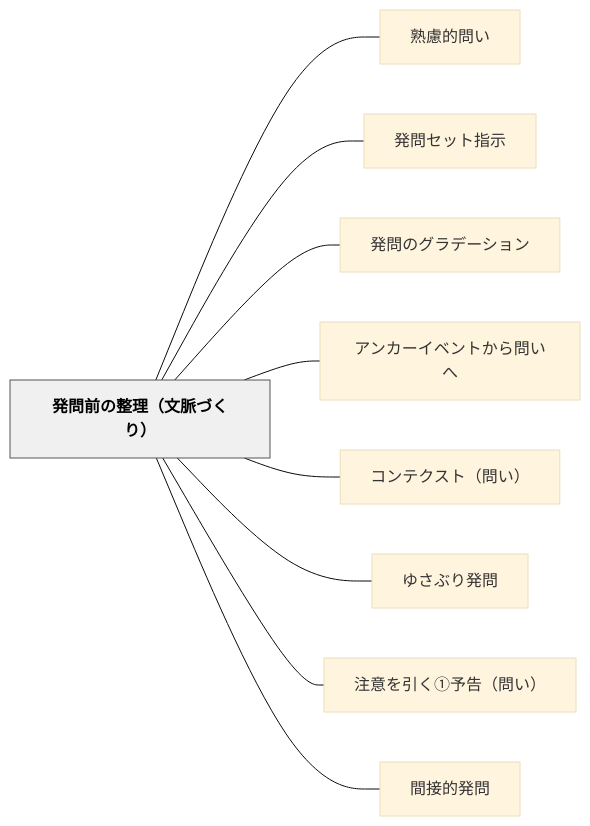
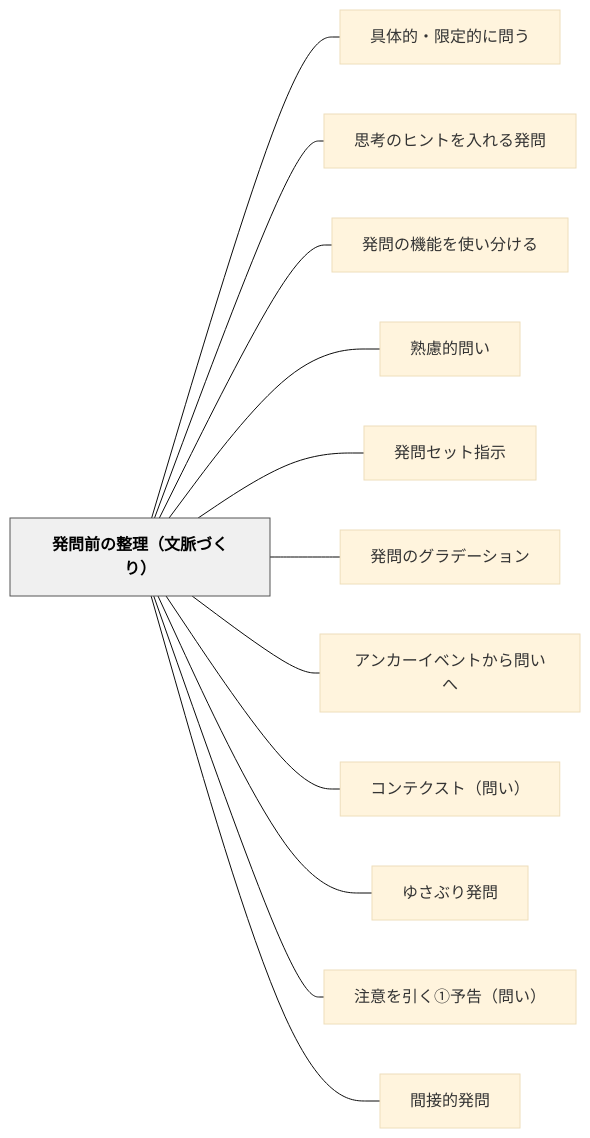
One commit to unknownthings-ed-patterns/unknownthings-ed-patterns changed the diagram in content/パタン/発問前の整理（文脈づくり）.md. Above: the diagram before and after it, drawn with Mermaid (base theme). The commit also changed other lines of this file and 28 other files, not shown here.

````diff
--- a/content/パタン/発問前の整理（文脈づくり）.md
+++ b/content/パタン/発問前の整理（文脈づくり）.md
@@ -78,24 +81,30 @@
 ```mermaid
 flowchart LR
     ne799bae5958fe5898de381aee695b4e79086efbc88e69687e88488e381a5e3818fe3828aefbc89["発問前の整理（文脈づくり）"]
+    ne585b7e4bd93e79a84e383bbe99990e5ae9ae79a84e381abe5958fe38186["具体的・限定的に問う"]
+    ne6809de88083e381aee38392e383b3e38388e38292e585a5e3828ce3828be799bae5958f["思考のヒントを入れる発問"]
+    ne799bae5958fe381aee6a99fe883bde38292e4bdbfe38184e58886e38191e3828b["発問の機能を使い分ける"]
     ne7869fe685aee79a84e5958fe38184["熟慮的問い"]
     ne799bae5958fe382bbe38383e38388e68c87e7a4ba["発問セット指示"]
     ne799bae5958fe381aee382b0e383a9e38387e383bce382b7e383a7e383b3["発問のグラデーション"]
     ne382a2e383b3e382abe383bce382a4e38399e383b3e38388e3818be38289e5958fe38184e381b8["アンカーイベントから問いへ"]
     ne382b3e383b3e38386e382afe382b9e38388efbc88e5958fe38184efbc89["コンテクスト（問い）"]
     ne38286e38195e381b6e3828ae799bae5958f["ゆさぶり発問"]
     ne6b3a8e6848fe38292e5bc95e3818fe291a0e4ba88e5918aefbc88e5958fe38184efbc89["注意を引く①予告（問い）"]
     ne99693e68ea5e79a84e799bae5958f["間接的発問"]
 
+    ne799bae5958fe5898de381aee695b4e79086efbc88e69687e88488e381a5e3818fe3828aefbc89 --- ne585b7e4bd93e79a84e383bbe99990e5ae9ae79a84e381abe5958fe38186
+    ne799bae5958fe5898de381aee695b4e79086efbc88e69687e88488e381a5e3818fe3828aefbc89 --- ne6809de88083e381aee38392e383b3e38388e38292e585a5e3828ce3828be799bae5958f
+    ne799bae5958fe5898de381aee695b4e79086efbc88e69687e88488e381a5e3818fe3828aefbc89 --- ne799bae5958fe381aee6a99fe883bde38292e4bdbfe38184e58886e38191e3828b
     ne799bae5958fe5898de381aee695b4e79086efbc88e69687e88488e381a5e3818fe3828aefbc89 --- ne7869fe685aee79a84e5958fe38184
     ne799bae5958fe5898de381aee695b4e79086efbc88e69687e88488e381a5e3818fe3828aefbc89 --- ne799bae5958fe382bbe38383e38388e68c87e7a4ba
     ne799bae5958fe5898de381aee695b4e79086efbc88e69687e88488e381a5e3818fe3828aefbc89 --- ne799bae5958fe381aee382b0e383a9e38387e383bce382b7e383a7e383b3
     ne799bae5958fe5898de381aee695b4e79086efbc88e69687e88488e381a5e3818fe3828aefbc89 --- ne382a2e383b3e382abe383bce382a4e38399e383b3e38388e3818be38289e5958fe38184e381b8
     ne799bae5958fe5898de381aee695b4e79086efbc88e69687e88488e381a5e3818fe3828aefbc89 --- ne382b3e383b3e38386e382afe382b9e38388efbc88e5958fe38184efbc89
     ne799bae5958fe5898de381aee695b4e79086efbc88e69687e88488e381a5e3818fe3828aefbc89 --- ne38286e38195e381b6e3828ae799bae5958f
     ne799bae5958fe5898de381aee695b4e79086efbc88e69687e88488e381a5e3818fe3828aefbc89 --- ne6b3a8e6848fe38292e5bc95e3818fe291a0e4ba88e5918aefbc88e5958fe38184efbc89
     ne799bae5958fe5898de381aee695b4e79086efbc88e69687e88488e381a5e3818fe3828aefbc89 --- ne99693e68ea5e79a84e799bae5958f
 
     classDef hub fill:#f0f0f0,stroke:#555,color:#000,font-weight:bold
     class ne799bae5958fe5898de381aee695b4e79086efbc88e69687e88488e381a5e3818fe3828aefbc89 hub
 ```
````
